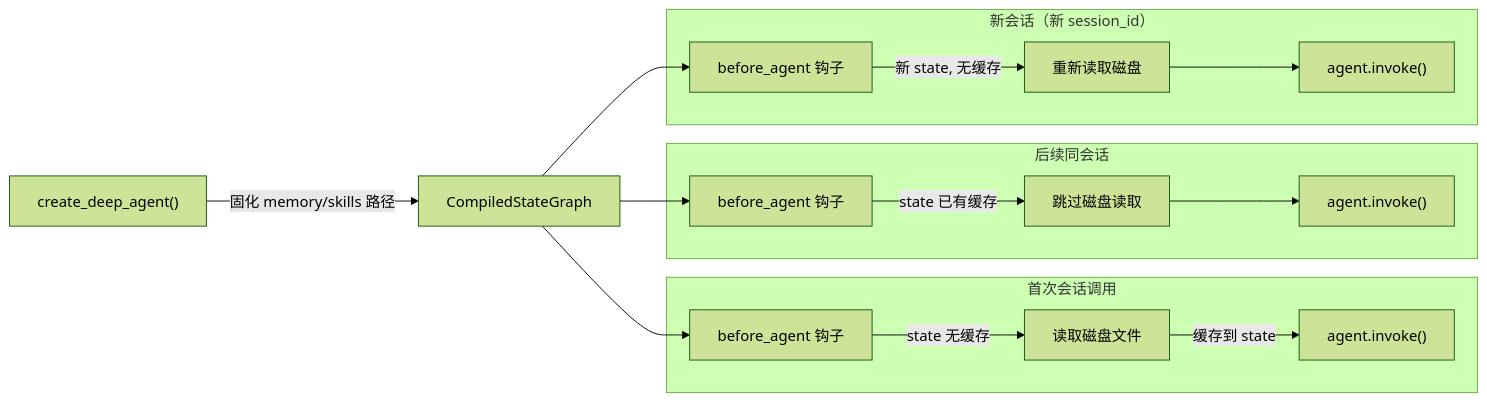
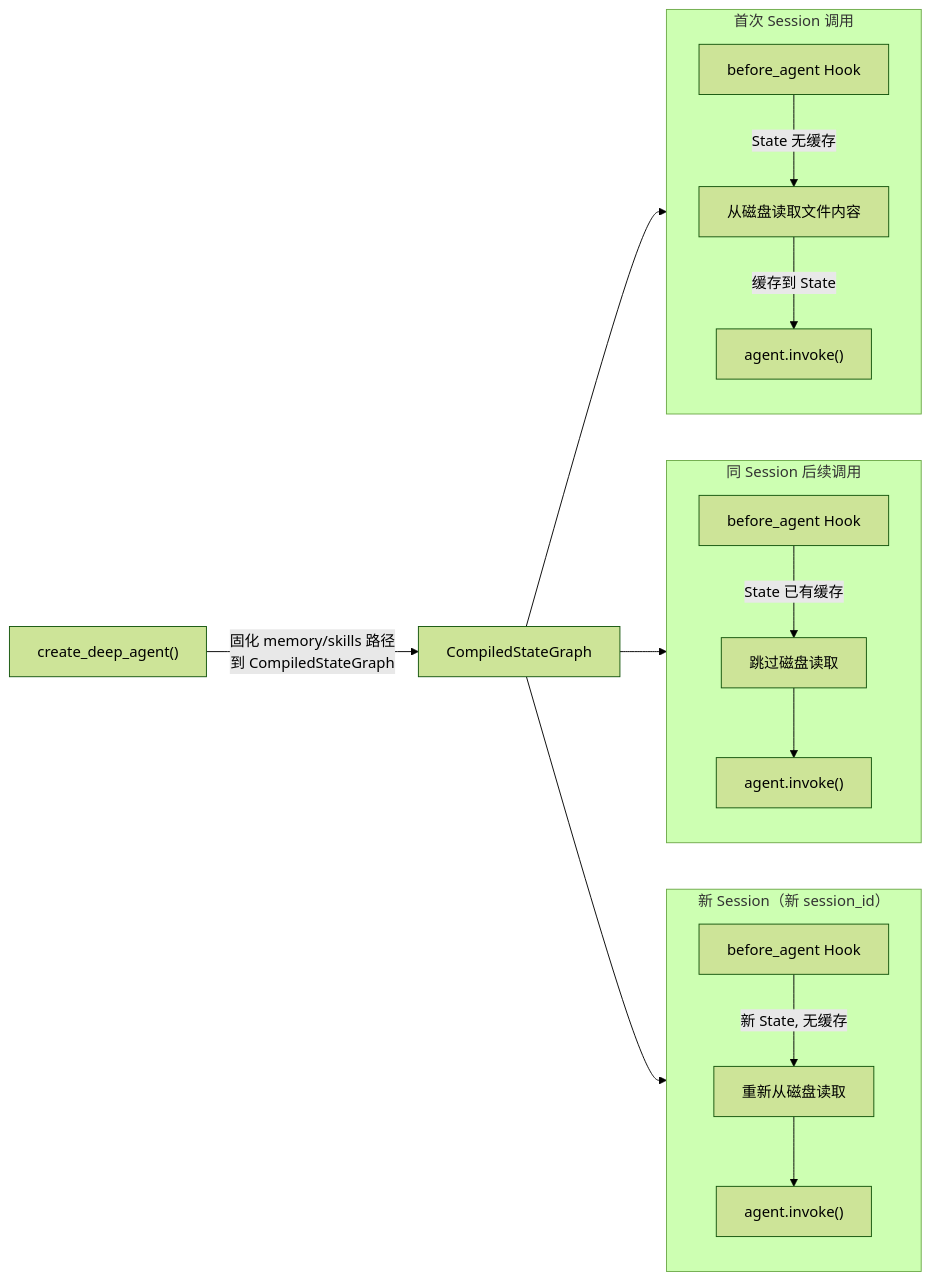
Before and after one commit to kangxiaoning/diagnostics: the fifth of 5 diagrams in README.md, drawn with Mermaid (forest theme). The commit also changed other lines of this file, not shown here.

Commit message:
docs: 更新README，技术术语保持英文，Mermaid图增加文字说明

````diff
--- a/README.md
+++ b/README.md
@@ -495,23 +507,23 @@
 ```mermaid
 flowchart LR
-    Create["create_deep_agent()"] -->|"固化 memory/skills 路径"| Graph["CompiledStateGraph"]
+    Create["create_deep_agent()"] -->|"固化 memory/skills 路径<br/>到 CompiledStateGraph"| Graph["CompiledStateGraph"]
 
-    subgraph "首次会话调用"
-        Before1["before_agent 钩子"] -->|"state 无缓存"| Read1["读取磁盘文件"]
-        Read1 -->|"缓存到 state"| Invoke1["agent.invoke()"]
+    subgraph S1["首次 Session 调用"]
+        B1["before_agent Hook"] -->|"State 无缓存"| R1["从磁盘读取文件内容"]
+        R1 -->|"缓存到 State"| I1["agent.invoke()"]
     end
 
-    subgraph "后续同会话"
-        Before2["before_agent 钩子"] -->|"state 已有缓存"| Skip2["跳过磁盘读取"]
-        Skip2 --> Invoke2["agent.invoke()"]
+    subgraph S2["同 Session 后续调用"]
+        B2["before_agent Hook"] -->|"State 已有缓存"| SK2["跳过磁盘读取"]
+        SK2 --> I2["agent.invoke()"]
     end
 
-    subgraph "新会话（新 session_id）"
-        Before3["before_agent 钩子"] -->|"新 state, 无缓存"| Read3["重新读取磁盘"]
-        Read3 --> Invoke3["agent.invoke()"]
+    subgraph S3["新 Session（新 session_id）"]
+        B3["before_agent Hook"] -->|"新 State, 无缓存"| R3["重新从磁盘读取"]
+        R3 --> I3["agent.invoke()"]
     end
 
-    Graph --> Before1
-    Graph --> Before2
-    Graph --> Before3
+    Graph --> S1
+    Graph --> S2
+    Graph --> S3
 ```
````
